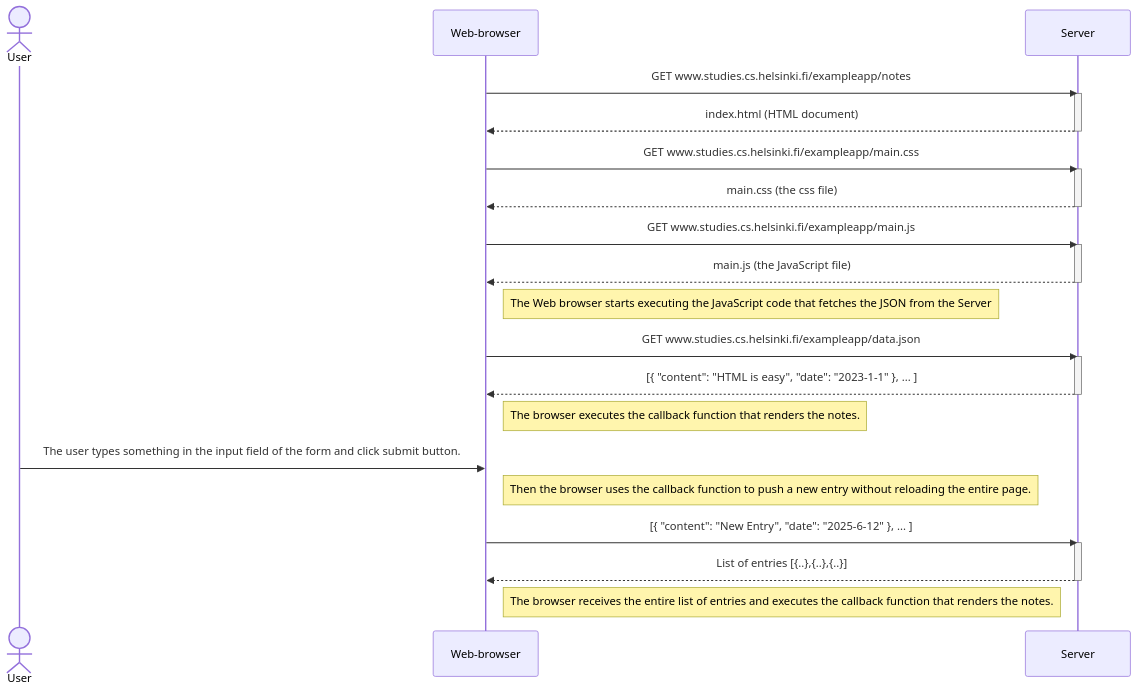
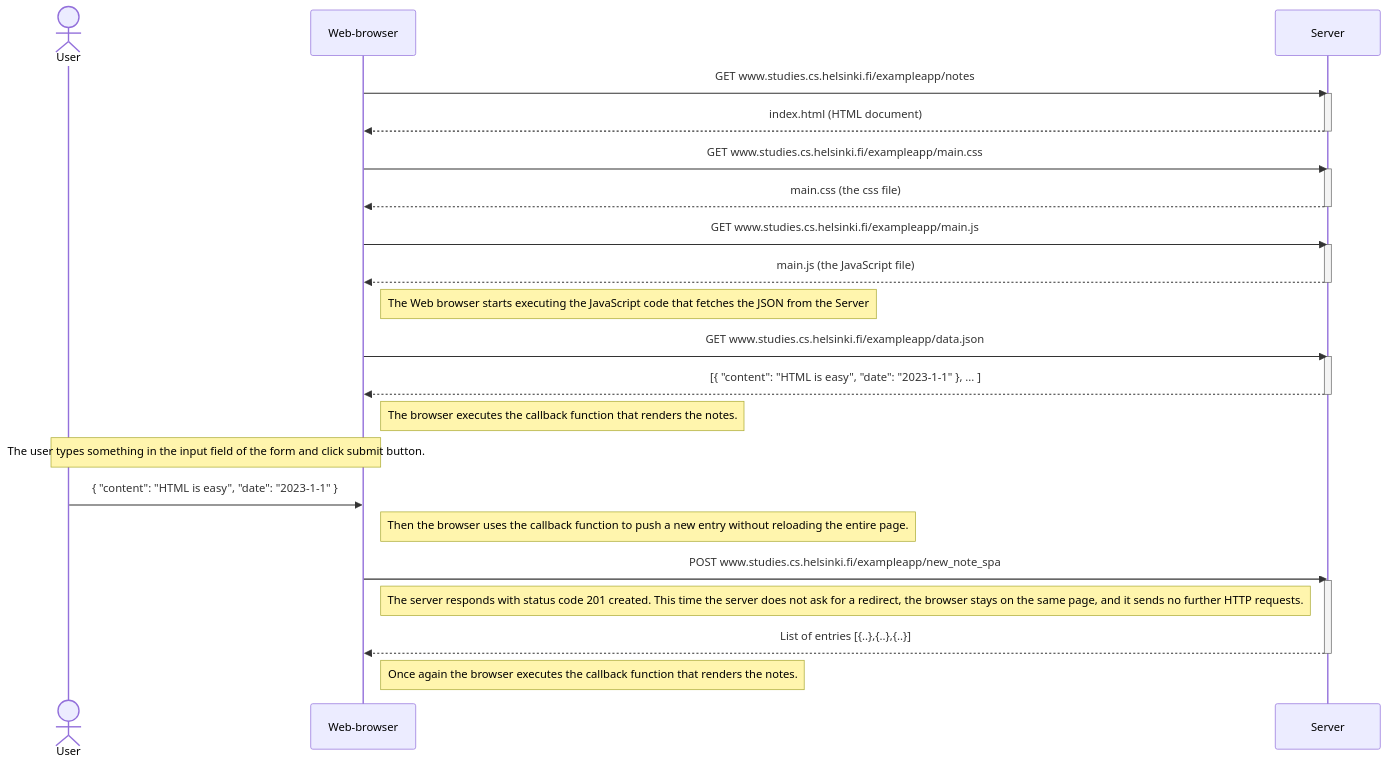
Before and after one commit to lonchanick/fullstackopen: the diagram in Part0/0.4.MD, drawn with Mermaid. The commit also changed 1 other file, not shown here.

````diff
--- a/Part0/0.4.MD
+++ b/Part0/0.4.MD
@@ -1,42 +1,45 @@
 ```mermaid
 sequenceDiagram
 actor User
 participant Web-browser
 participant Server
 
 Web-browser->>Server: GET www.studies.cs.helsinki.fi/exampleapp/notes
 activate Server
 Server-->>Web-browser: index.html (HTML document)
 deactivate Server
 
 Web-browser->>Server: GET www.studies.cs.helsinki.fi/exampleapp/main.css
 activate Server
 Server-->>Web-browser: main.css (the css file)
 deactivate Server
 
 Web-browser->>Server: GET www.studies.cs.helsinki.fi/exampleapp/main.js
 activate Server
 Server-->>Web-browser: main.js (the JavaScript file)
 deactivate Server
 
 Note right of Web-browser: The Web browser starts executing the JavaScript code that fetches the JSON from the Server
 
 Web-browser->>Server: GET www.studies.cs.helsinki.fi/exampleapp/data.json
 activate Server
 Server-->>Web-browser: [{ "content": "HTML is easy", "date": "2023-1-1" }, ... ]
 deactivate Server
 
 Note right of Web-browser: The browser executes the callback function that renders the notes.
 
-User->>Web-browser: The user types something in the input field of the form and click submit button. 
+Note over User,Web-browser: The user types something in the input  field of the form and click submit button.
+User->>Web-browser:  { "content": "HTML is easy", "date": "2023-1-1" }
 
 Note right of Web-browser: Then the browser uses the callback function to push a new entry without reloading the entire page.
 
-Web-browser->>Server: [{ "content": "New Entry", "date": "2025-6-12" }, ... ] 
+Web-browser->>Server: POST www.studies.cs.helsinki.fi/exampleapp/new_note_spa 
 activate Server
+
+Note right of Web-browser: The server responds with status code 201 created. This time the server does not ask for a redirect, the browser stays on the same page, and it sends no further HTTP requests.
 
 Server-->>Web-browser: List of entries [{..},{..},{..}]
 deactivate Server
 
-Note right of Web-browser: The browser receives the entire list of entries and executes the callback function that renders the notes. 
+Note right of Web-browser: Once again the browser executes the callback function that renders the notes.
 ```
````
